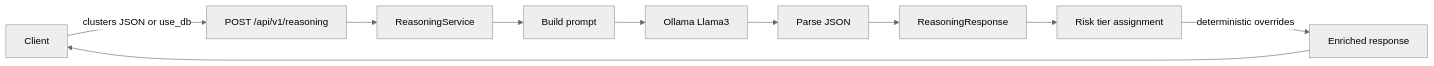
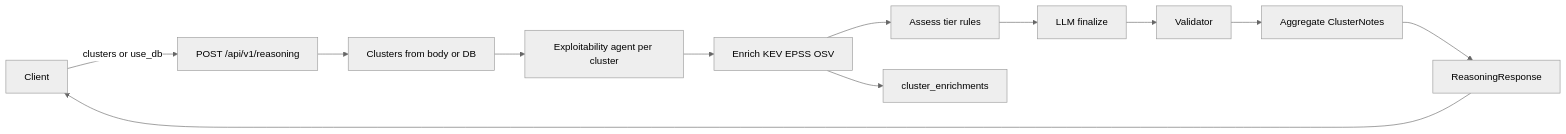
Before and after one commit to protektiq/helion: the fifth of 8 diagrams in data_flow_diagram.md, drawn with Mermaid (neutral theme). The commit also changed other lines of this file and 26 other files, not shown here.

Commit message:
upgrade exploitability reasoning into a tool-using AI agent that grounds outputs in real signals (KEV/EPSS/OSV/etc.)

````diff
--- a/data_flow_diagram.md
+++ b/data_flow_diagram.md
@@ -120,21 +128,25 @@
 ```mermaid
 flowchart LR
   Client[Client]
   POST[POST /api/v1/reasoning]
-  Reason[ReasoningService]
-  Prompt[Build prompt]
-  Ollama[Ollama Llama3]
-  Parse[Parse JSON]
-  Resp[ReasoningResponse]
-  TierAssign[Risk tier assignment]
-  Enriched[Enriched response]
-  Client -->|"clusters JSON or use_db"| POST
-  POST --> Reason
-  Reason --> Prompt
-  Prompt --> Ollama
-  Ollama --> Parse
-  Parse --> Resp
-  Resp --> TierAssign
-  TierAssign -->|"deterministic overrides"| Enriched
-  Enriched --> Client
+  Clusters[Clusters from body or DB]
+  Agent[Exploitability agent per cluster]
+  Enrich[Enrich KEV EPSS OSV]
+  Assess[Assess tier rules]
+  LLM[LLM finalize]
+  Validate[Validator]
+  Store[cluster_enrichments]
+  Aggregate[Aggregate ClusterNotes]
+  Response[ReasoningResponse]
+  Client -->|"clusters or use_db"| POST
+  POST --> Clusters
+  Clusters --> Agent
+  Agent --> Enrich
+  Enrich --> Store
+  Enrich --> Assess
+  Assess --> LLM
+  LLM --> Validate
+  Validate --> Aggregate
+  Aggregate --> Response
+  Response --> Client
 ```
````
